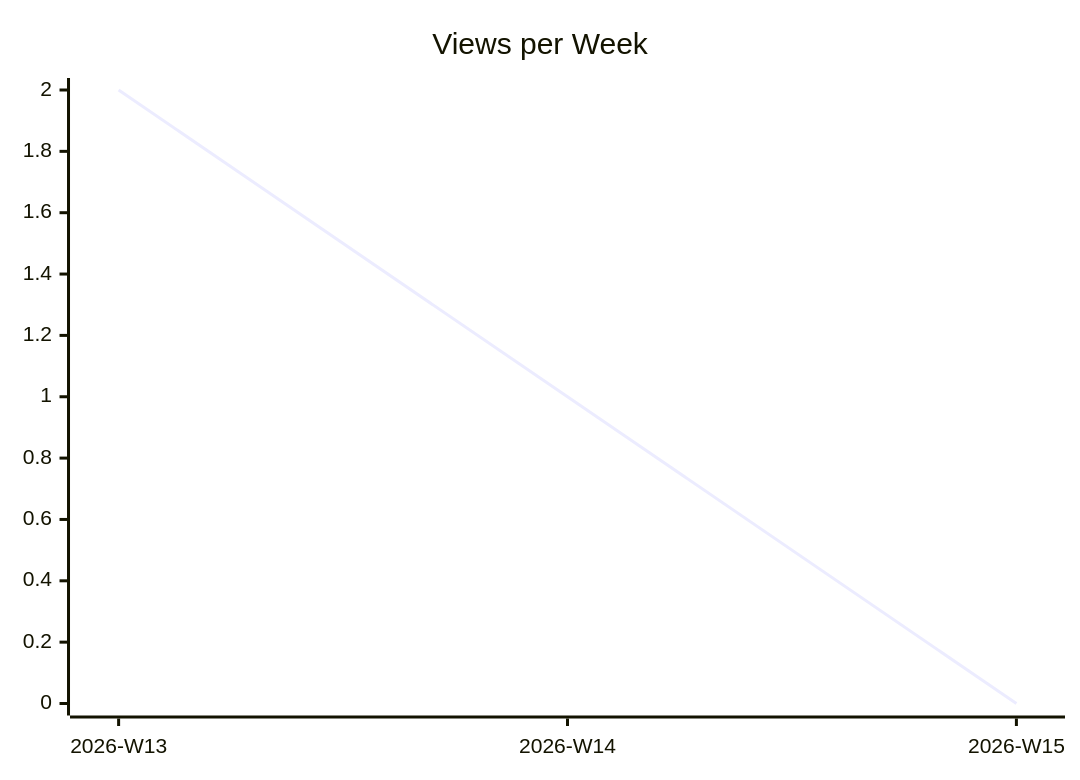
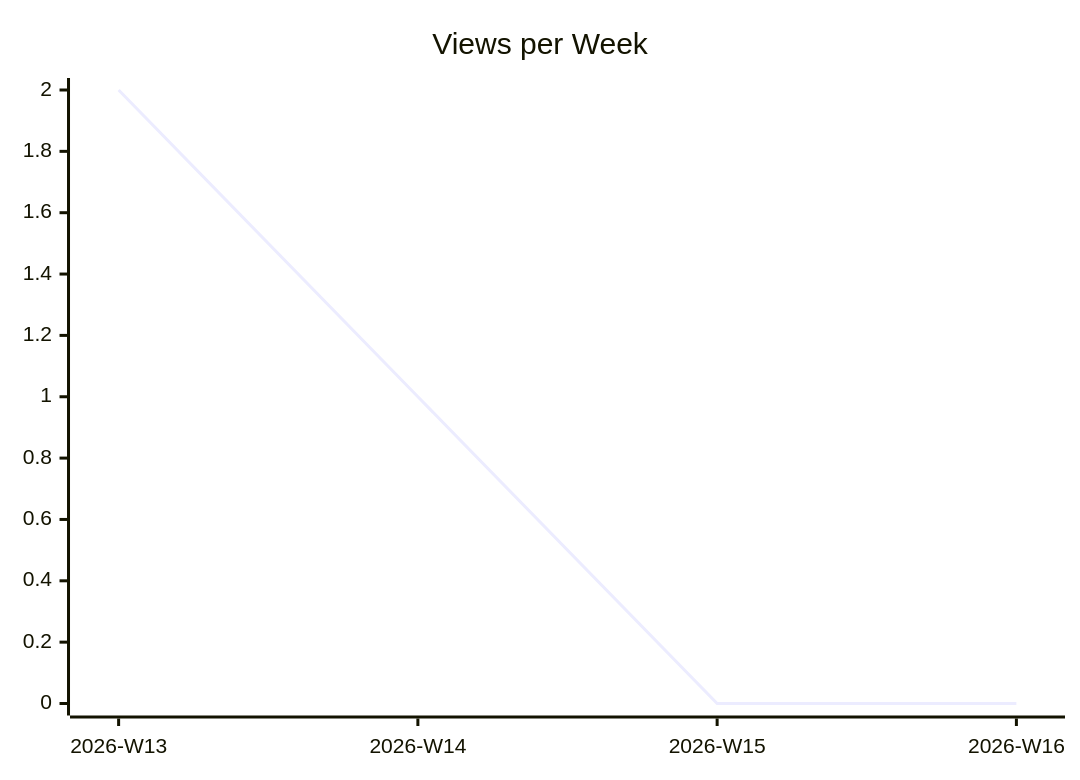
The second of 3 diagrams in karlmdavis/ansible-role-bind-dns/README.md (justdavis-family/github-analytics-data), drawn with Mermaid before and after one commit. The commit also changed other lines of this file and 173 other files, not shown here.

````diff
--- a/karlmdavis/ansible-role-bind-dns/README.md
+++ b/karlmdavis/ansible-role-bind-dns/README.md
@@ -12,6 +12,6 @@
 ```mermaid
 xychart-beta
   title "Views per Week"
-  x-axis ["2026-W13", "2026-W14", "2026-W15"]
-  line [2, 1, 0]
+  x-axis ["2026-W13", "2026-W14", "2026-W15", "2026-W16"]
+  line [2, 1, 0, 0]
 ```
````
